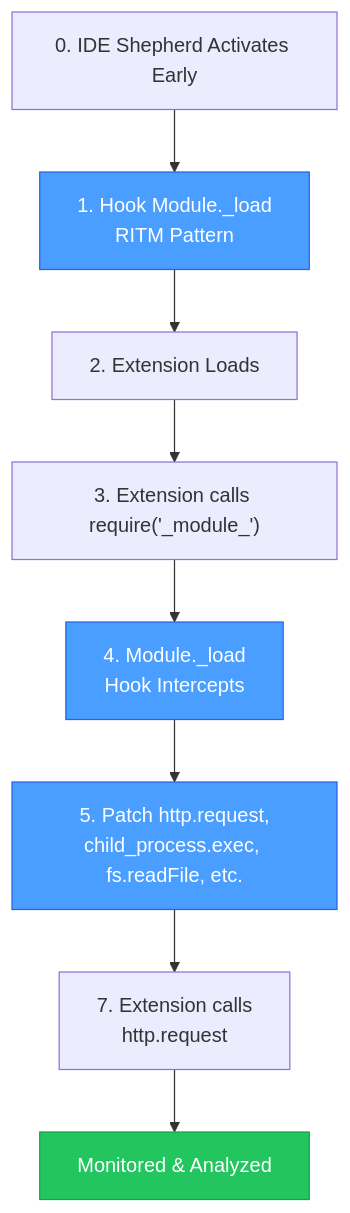
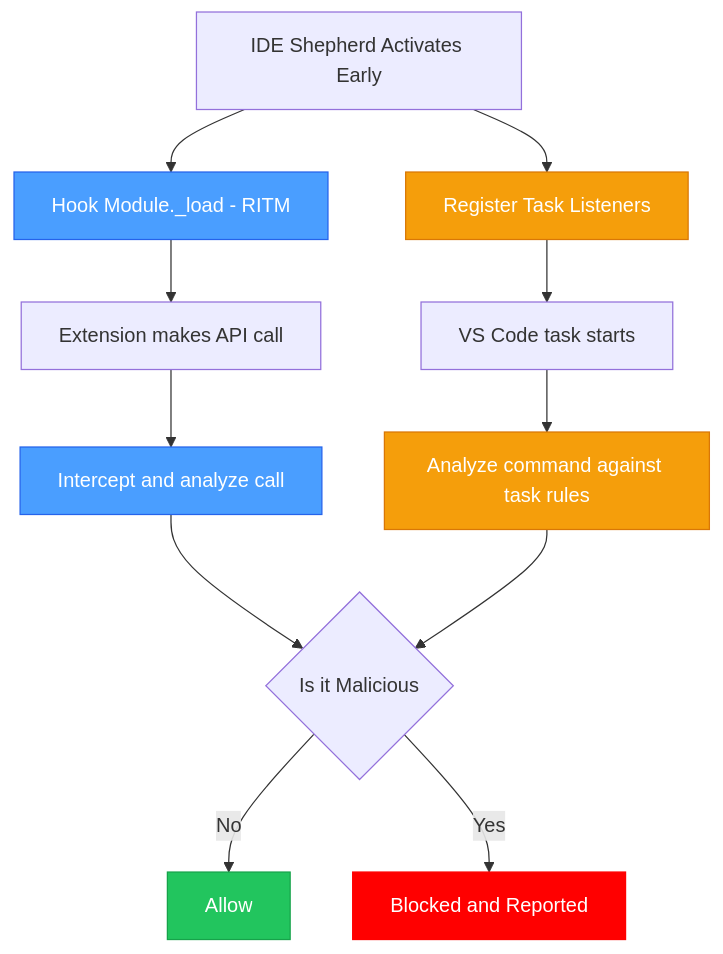
One commit to DataDog/IDE-SHEPHERD-extension changed the diagram in README.md. Above: the diagram before and after it, drawn with Mermaid.

Commit message:
Update mermaid flowchart in README

````diff
--- a/README.md
+++ b/README.md
@@ -36,15 +36,25 @@
 ```mermaid
 flowchart TD
-    A[0. IDE Shepherd Activates Early] --> B[1. Hook Module._load<br/>RITM Pattern]
-    B --> C[2. Extension Loads]
-    C --> D[3. Extension calls require#40;'_module_'#41;]
-    D --> E[4. Module._load<br/>Hook Intercepts]
-    E --> F[5. Patch http.request,<br/>child_process.exec, fs.readFile, etc.]
-    F --> G[7. Extension calls<br/>http.request]
-    G --> H[ Monitored & Analyzed]
+    A[IDE Shepherd Activates Early]
+
+    A --> B[Hook Module._load - RITM]
+    A --> C[Register Task Listeners]
+
+    B --> D[Extension makes API call]
+    D --> E[Intercept and analyze call]
+    E --> F{Is it Malicious}
+    F --No --> R0[Allow]
+    F --Yes --> R1[Blocked and Reported]
+
+
+    C --> G[VS Code task starts]
+    G --> H[Analyze command against task rules]
+    H --> F
 
     style B fill:#4a9eff,stroke:#2563eb,color:#fff
     style E fill:#4a9eff,stroke:#2563eb,color:#fff
-    style F fill:#4a9eff,stroke:#2563eb,color:#fff
-    style H fill:#22c55e,stroke:#16a34a,color:#fff
+    style R1 fill:#ff0000,stroke:#ff0000,color:#fff
+    style R0 fill:#22c55e,stroke:#16a34a,color:#fff
+    style C fill:#f59e0b,stroke:#d97706,color:#fff
+    style H fill:#f59e0b,stroke:#d97706,color:#fff
 ```
````
